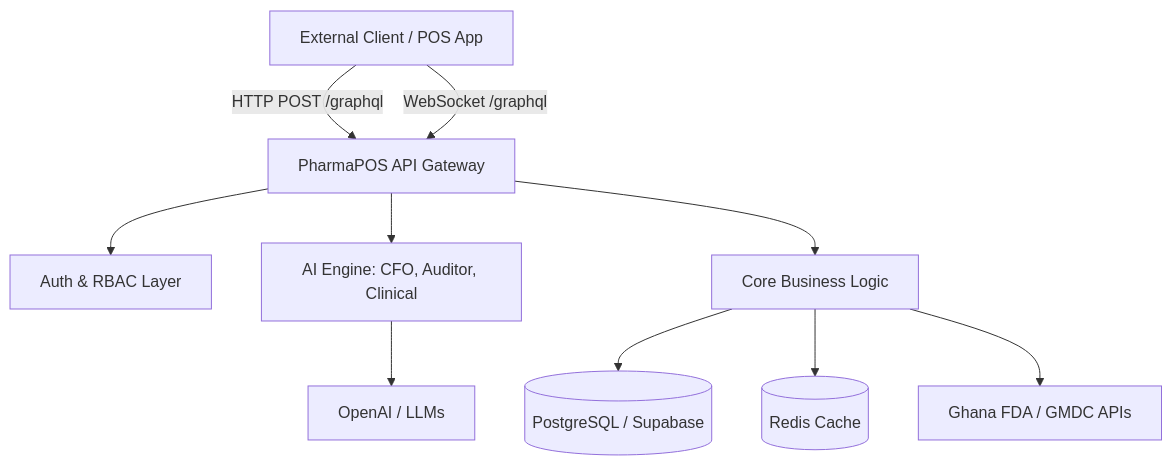
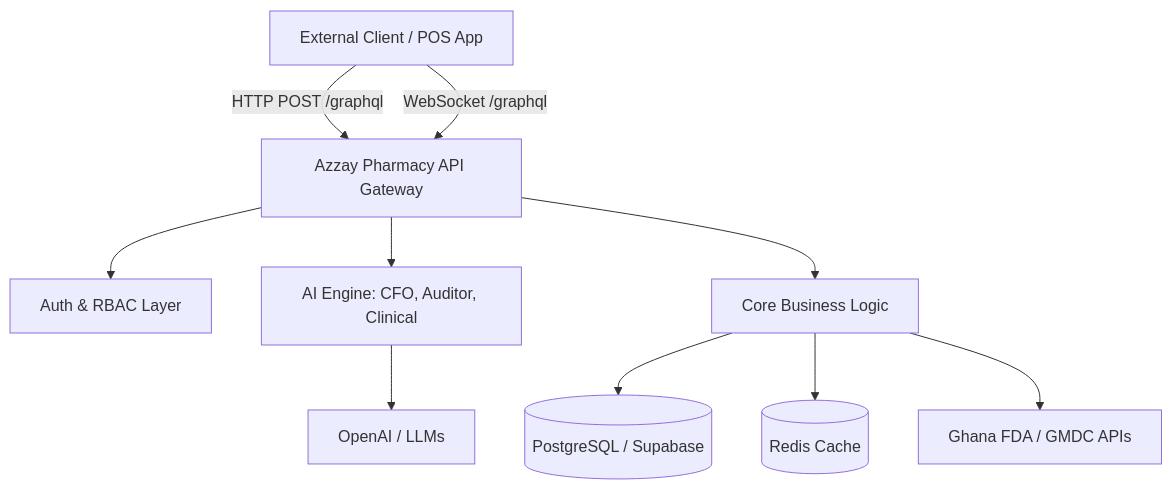
Before and after one commit to Advanstech/pharmaPOS-web: the diagram in docs/DEVELOPER_API_REFERENCE.md, drawn with Mermaid. The commit also changed other lines of this file and 71 other files, not shown here.

````diff
--- a/docs/DEVELOPER_API_REFERENCE.md
+++ b/docs/DEVELOPER_API_REFERENCE.md
@@ -15,15 +15,15 @@
 ```mermaid
 graph TD;
-    Client[External Client / POS App] -->|HTTP POST /graphql| API[PharmaPOS API Gateway]
+    Client[External Client / POS App] -->|HTTP POST /graphql| API[Azzay Pharmacy API Gateway]
     Client -->|WebSocket /graphql| API
     
     API --> Auth[Auth & RBAC Layer]
     API --> AI[AI Engine: CFO, Auditor, Clinical]
     API --> Core[Core Business Logic]
     
     Core --> DB[(PostgreSQL / Supabase)]
     Core --> Cache[(Redis Cache)]
     
     AI --> OpenAI[OpenAI / LLMs]
     Core --> FDA[Ghana FDA / GMDC APIs]
 ```
````
